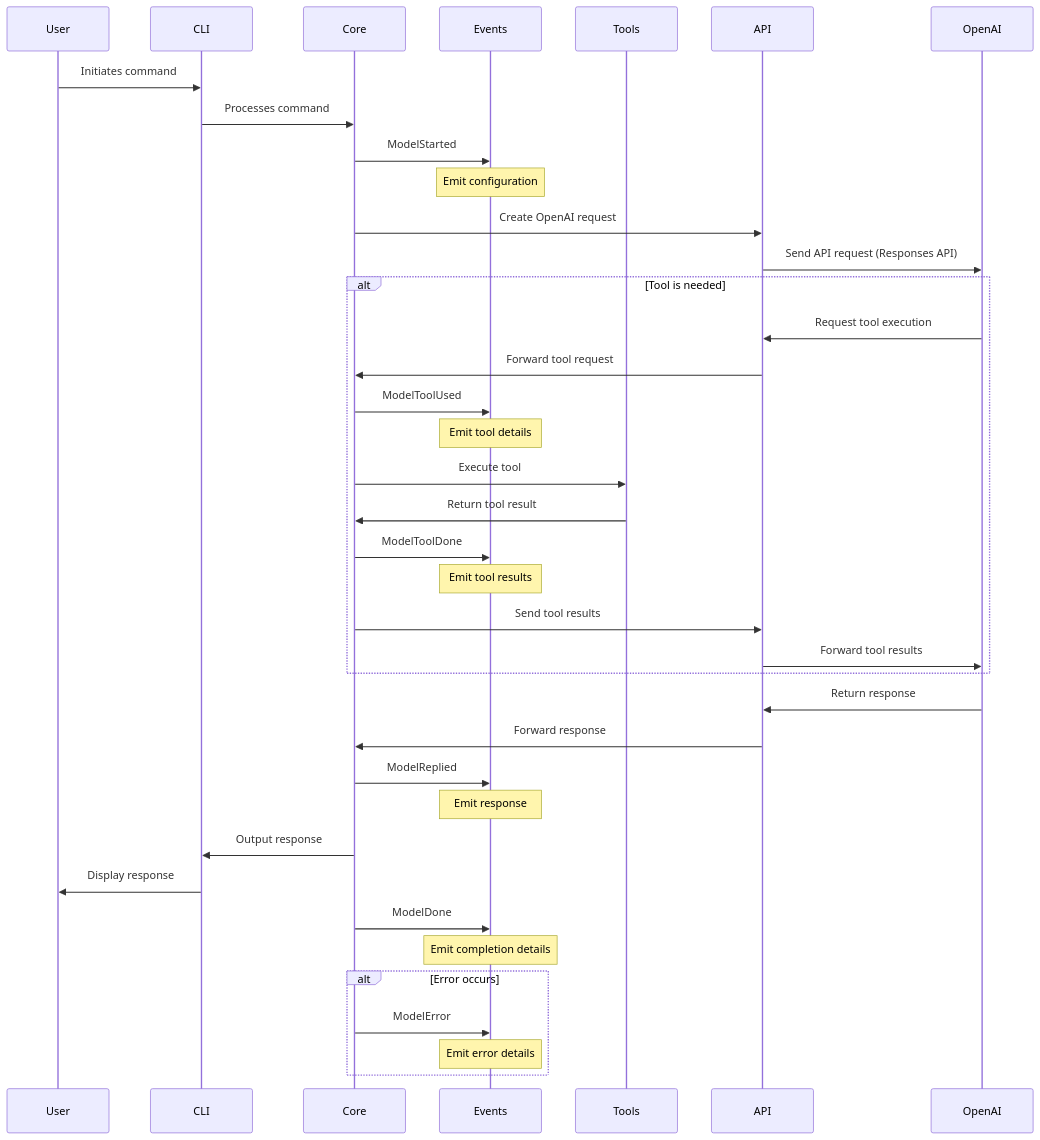
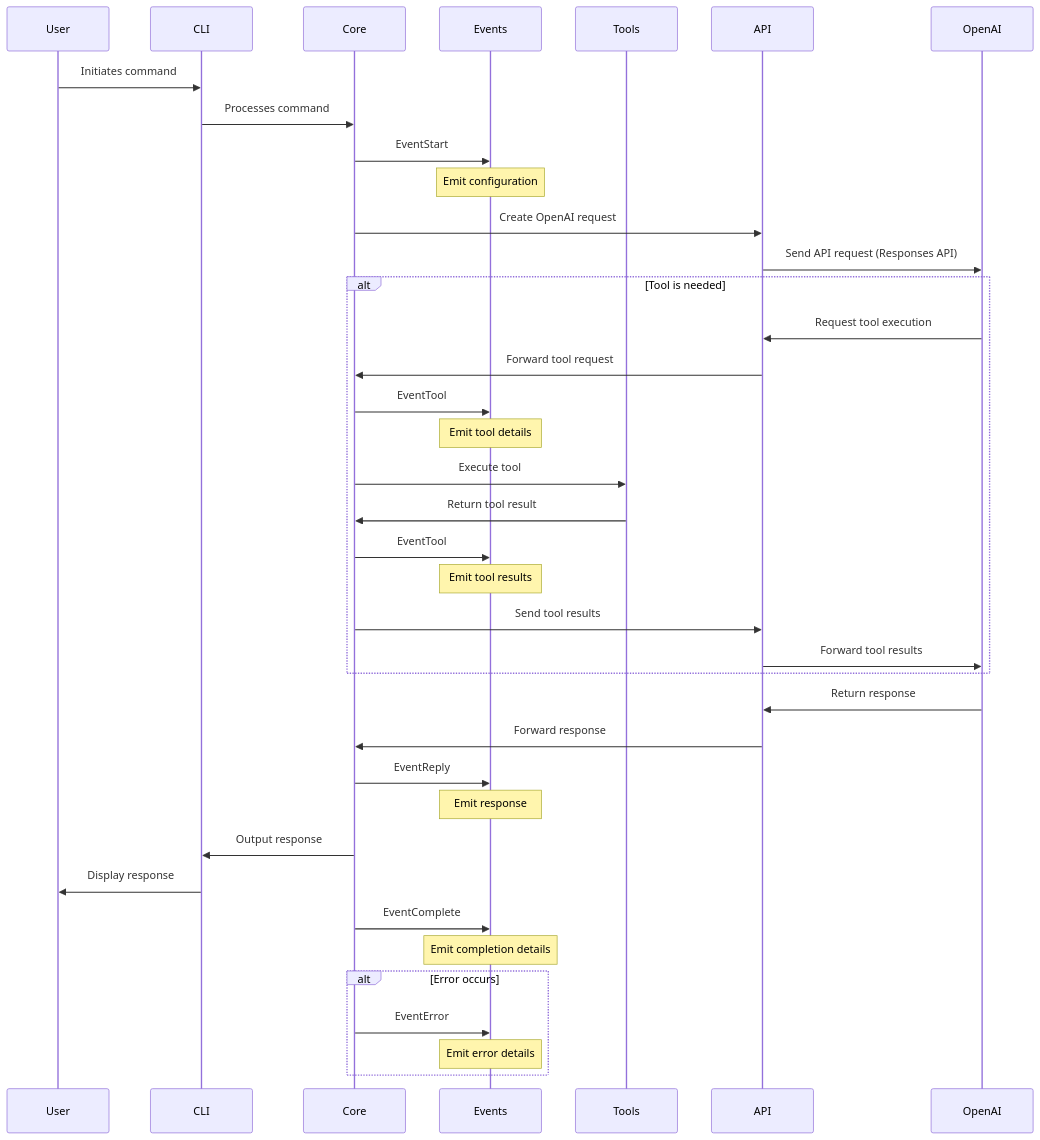
Before and after one commit to mohdfareed/gptx-cli: the third of 6 diagrams in docs/architecture.md, drawn with Mermaid. The commit also changed other lines of this file and 19 other files, not shown here.

````diff
--- a/docs/architecture.md
+++ b/docs/architecture.md
@@ -135,47 +110,47 @@
 ```mermaid
 sequenceDiagram
     participant User
     participant CLI
     participant Core
     participant Events
     participant Tools
     participant API
     participant OpenAI
 
     User->>CLI: Initiates command
     CLI->>Core: Processes command
 
-    Core->>Events: ModelStarted
+    Core->>Events: EventStart
     Note over Events: Emit configuration
 
     Core->>API: Create OpenAI request
     API->>OpenAI: Send API request (Responses API)
 
     alt Tool is needed
         OpenAI->>API: Request tool execution
         API->>Core: Forward tool request
-        Core->>Events: ModelToolUsed
+        Core->>Events: EventTool
         Note over Events: Emit tool details
         Core->>Tools: Execute tool
         Tools->>Core: Return tool result
-        Core->>Events: ModelToolDone
+        Core->>Events: EventTool
         Note over Events: Emit tool results
         Core->>API: Send tool results
         API->>OpenAI: Forward tool results
     end
 
     OpenAI->>API: Return response
     API->>Core: Forward response
-    Core->>Events: ModelReplied
+    Core->>Events: EventReply
     Note over Events: Emit response
     Core->>CLI: Output response
     CLI->>User: Display response
 
-    Core->>Events: ModelDone
+    Core->>Events: EventComplete
     Note over Events: Emit completion details
 
     alt Error occurs
-        Core->>Events: ModelError
+        Core->>Events: EventError
         Note over Events: Emit error details
     end
 ```
````
